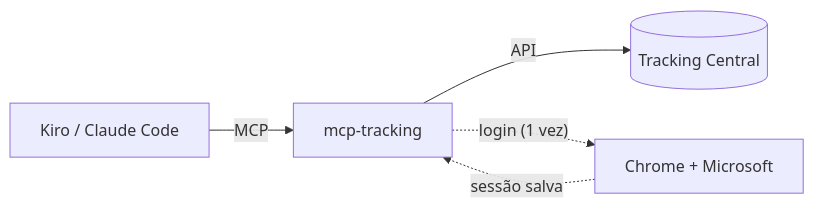
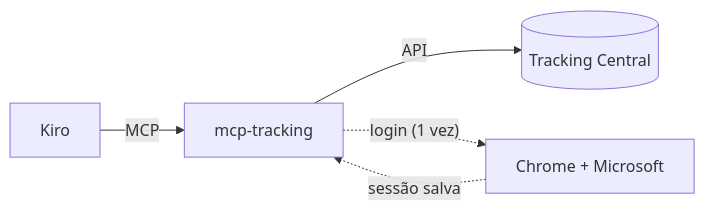
The first of 2 diagrams in README.md (nicolaszalasik/mcp-tracking), drawn with Mermaid before and after one commit. The commit also changed other lines of this file, not shown here.

First line of the commit message:
README: foca a instalação no Kiro

````diff
--- a/README.md
+++ b/README.md
@@ -85,7 +67,7 @@
 ```mermaid
 flowchart LR
-    A["Kiro / Claude Code"] -->|MCP| B["mcp-tracking"]
+    A["Kiro"] -->|MCP| B["mcp-tracking"]
     B -->|API| C[("Tracking Central")]
     B -.->|"login (1 vez)"| D["Chrome + Microsoft"]
     D -.->|"sessão salva"| B
 ```
````
